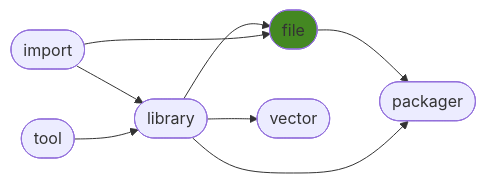
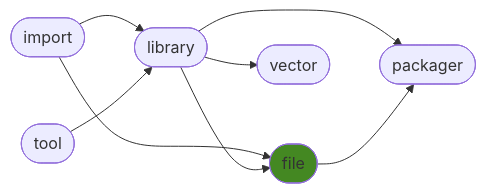
Before and after one commit to ManderaGeneral/generalfile: the diagram in README.md, drawn with Mermaid. The commit also changed other lines of this file, not shown here.

````diff
--- a/README.md
+++ b/README.md
@@ -24,17 +24,17 @@
 ```mermaid
 flowchart LR
+0([import]) --> 2([library])
+0([import]) --> 3([file])
+2([library]) --> 4([vector])
+1([tool]) --> 2([library])
+2([library]) --> 3([file])
+2([library]) --> 5([packager])
 3([file]) --> 5([packager])
-2([library]) --> 5([packager])
-2([library]) --> 3([file])
-0([import]) --> 2([library])
-1([tool]) --> 2([library])
-2([library]) --> 4([vector])
-0([import]) --> 3([file])
 click 0 "https://github.com/ManderaGeneral/generalimport"
 click 1 "https://github.com/ManderaGeneral/generaltool"
 click 2 "https://github.com/ManderaGeneral/generallibrary"
 click 3 "https://github.com/ManderaGeneral/generalfile"
 click 4 "https://github.com/ManderaGeneral/generalvector"
 click 5 "https://github.com/ManderaGeneral/generalpackager"
 style 3 fill:#482
 ```
````
